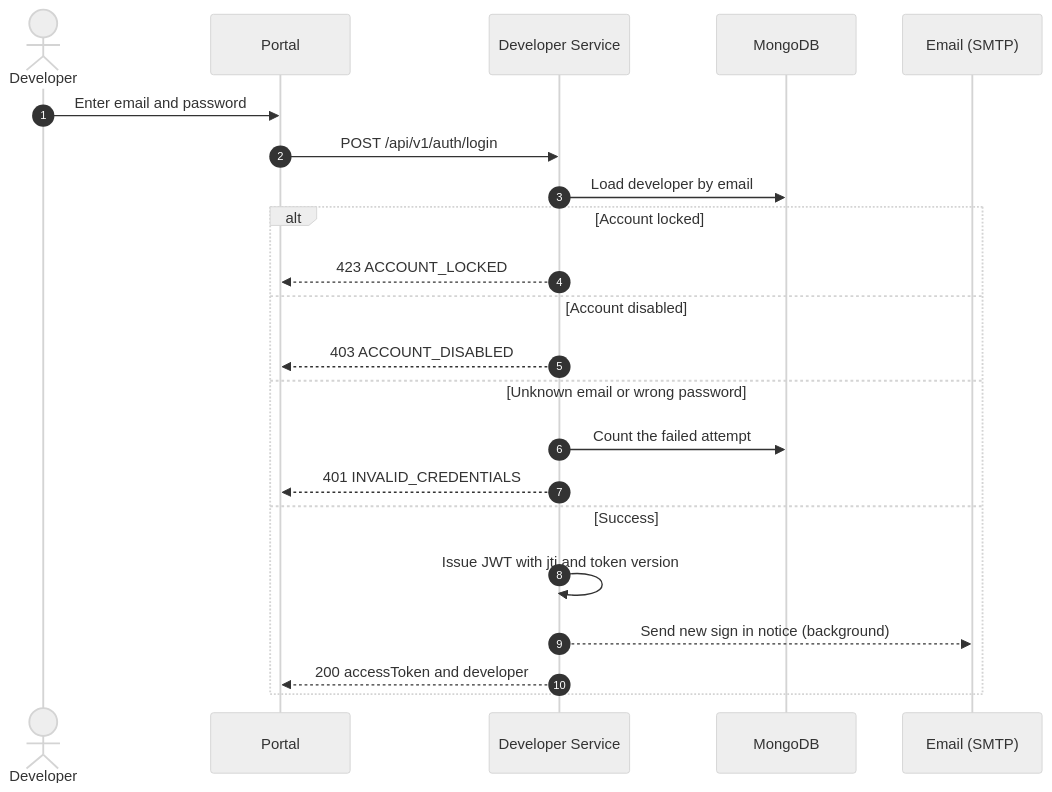
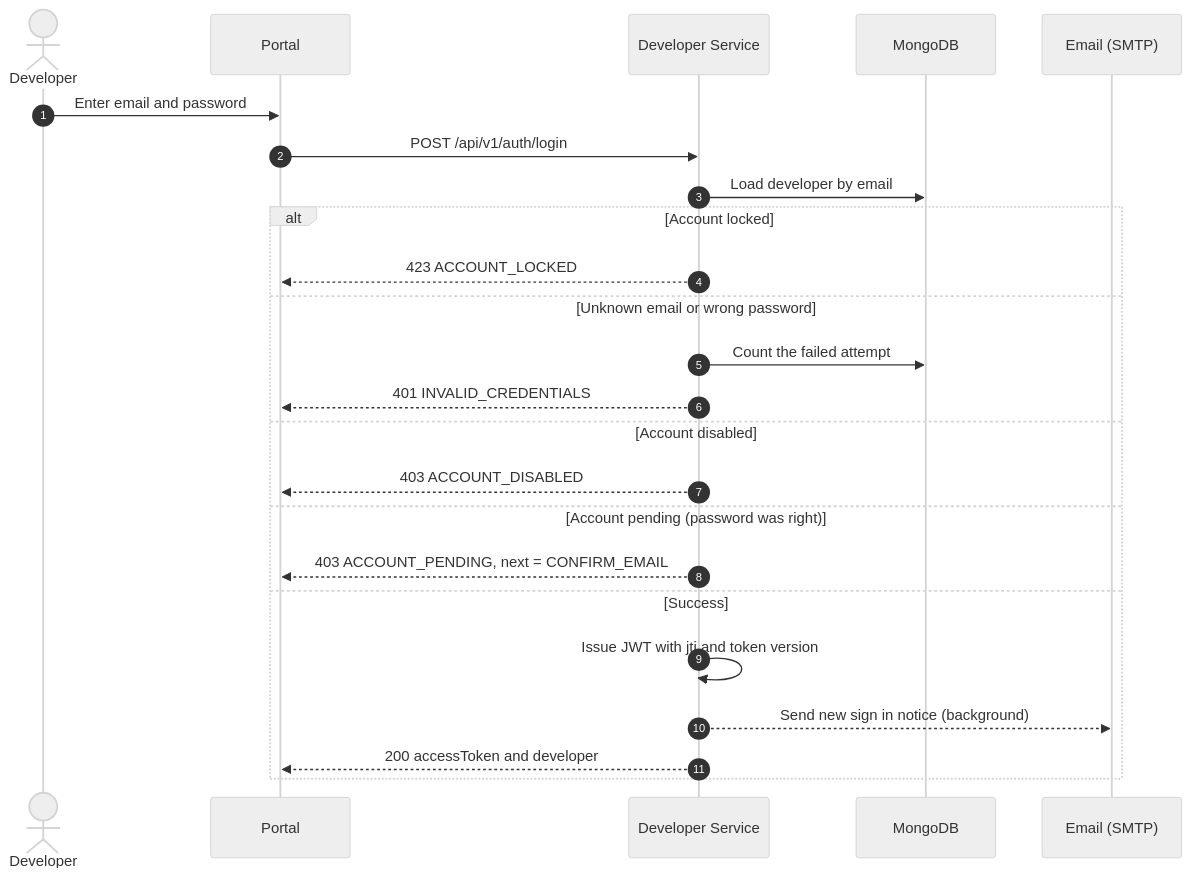
One commit to peacemakerbill/premisave-developer-service changed the third of 8 diagrams in README.md. Above: the diagram before and after it, drawn with Mermaid (neutral theme). The commit also changed other lines of this file and 12 other files, not shown here.

Commit message:
Block pending accounts from signing in by password, provider or token until the email is confirmed

````diff
--- a/README.md
+++ b/README.md
@@ -218,25 +218,27 @@
 ```mermaid
 sequenceDiagram
     autonumber
     actor D as Developer
     participant P as Portal
     participant S as Developer Service
     participant M as MongoDB
     participant E as Email (SMTP)
 
     D->>P: Enter email and password
     P->>S: POST /api/v1/auth/login
     S->>M: Load developer by email
     alt Account locked
         S-->>P: 423 ACCOUNT_LOCKED
-    else Account disabled
-        S-->>P: 403 ACCOUNT_DISABLED
     else Unknown email or wrong password
         S->>M: Count the failed attempt
         S-->>P: 401 INVALID_CREDENTIALS
+    else Account disabled
+        S-->>P: 403 ACCOUNT_DISABLED
+    else Account pending (password was right)
+        S-->>P: 403 ACCOUNT_PENDING, next = CONFIRM_EMAIL
     else Success
         S->>S: Issue JWT with jti and token version
         S-->>E: Send new sign in notice (background)
         S-->>P: 200 accessToken and developer
     end
 ```
````
